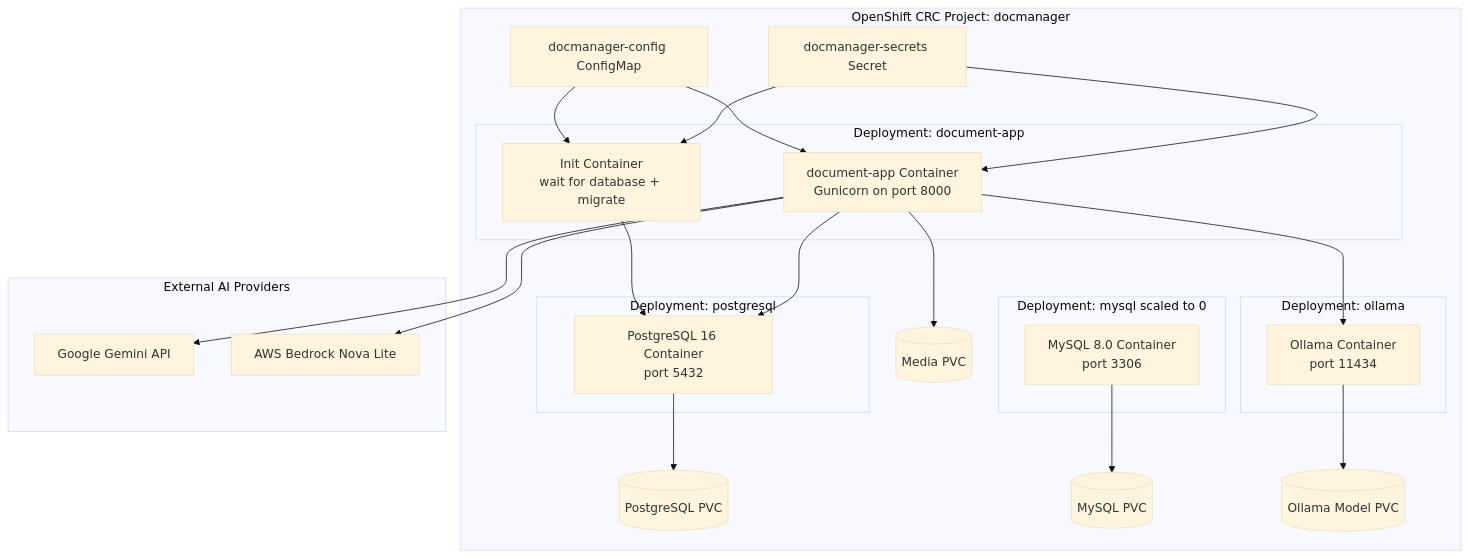
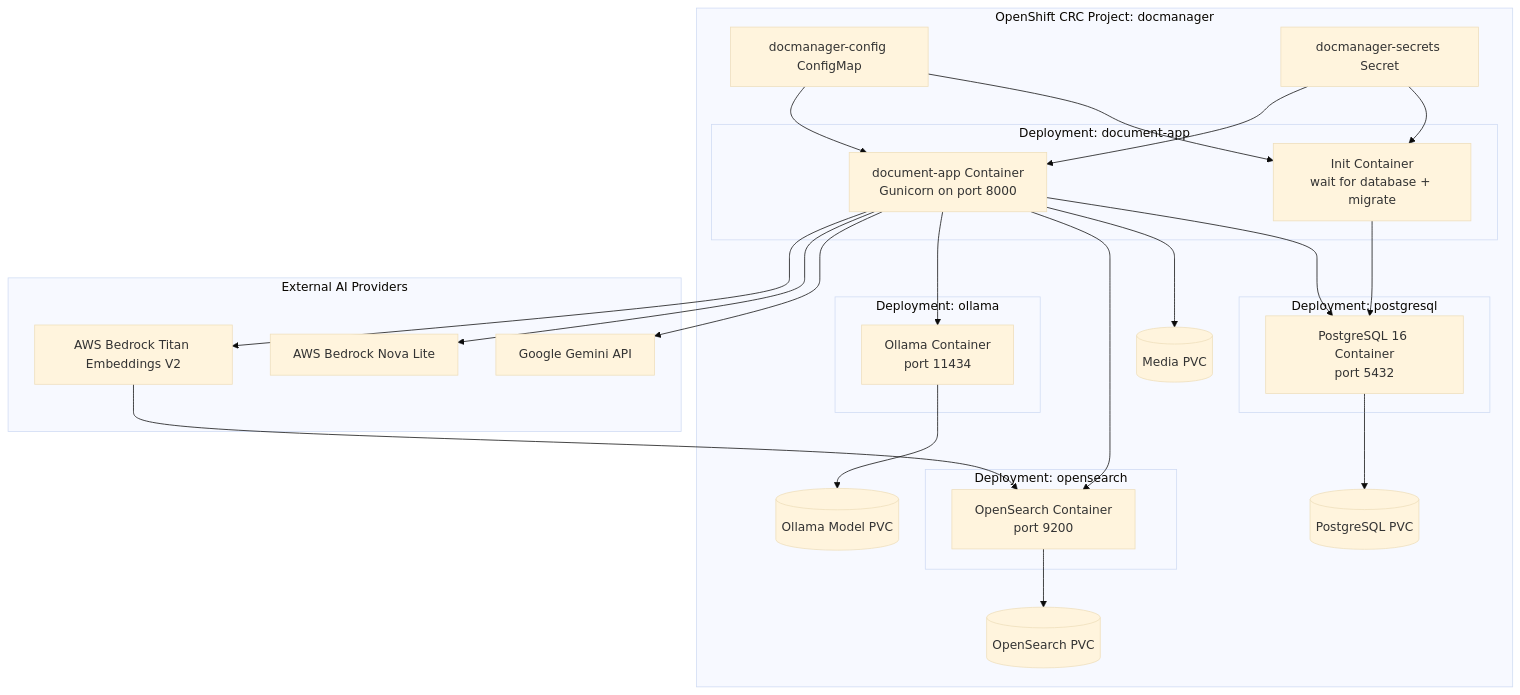
The first of 3 diagrams in docs/deployment.md (khaliqueaws-creator/document-management), drawn with Mermaid (base theme) before and after one commit. The commit also changed other lines of this file and 8 other files, not shown here.

Commit message:
Update docs for PostgreSQL and OpenSearch stack

````diff
--- a/docs/deployment.md
+++ b/docs/deployment.md
@@ -9,50 +9,54 @@
 ```mermaid
 flowchart TB
     subgraph OpenShift_CRC[OpenShift CRC Project: docmanager]
         Config[docmanager-config ConfigMap]
         Secret[docmanager-secrets Secret]
 
         subgraph Django_Deployment[Deployment: document-app]
             Init[Init Container\nwait for database + migrate]
             Web[document-app Container\nGunicorn on port 8000]
         end
 
         subgraph Database[Deployment: postgresql]
             DB[PostgreSQL 16 Container\nport 5432]
         end
 
-        subgraph Rollback_DB[Deployment: mysql scaled to 0]
-            MySQL[MySQL 8.0 Container\nport 3306]
-        end
-
         subgraph AI_Local[Deployment: ollama]
             Ollama[Ollama Container\nport 11434]
         end
 
+        subgraph Search[Deployment: opensearch]
+            OpenSearch[OpenSearch Container\nport 9200]
+        end
+
         Media[(Media PVC)]
         DBPVC[(PostgreSQL PVC)]
-        MySQLPVC[(MySQL PVC)]
+        SearchPVC[(OpenSearch PVC)]
         ModelPVC[(Ollama Model PVC)]
 
         Config --> Init
         Secret --> Init
         Config --> Web
         Secret --> Web
 
         Init --> DB
         Web --> DB
         Web --> Media
         DB --> DBPVC
-        MySQL --> MySQLPVC
+        Web --> OpenSearch
+        OpenSearch --> SearchPVC
         Ollama --> ModelPVC
         Web --> Ollama
     end
 
     subgraph AI_External[External AI Providers]
         Gemini[Google Gemini API]
         Bedrock[AWS Bedrock Nova Lite]
+        Titan[AWS Bedrock Titan Embeddings V2]
     end
 
     Web --> Gemini
     Web --> Bedrock
+    Web --> Titan
+    Titan --> OpenSearch
 ```
````
